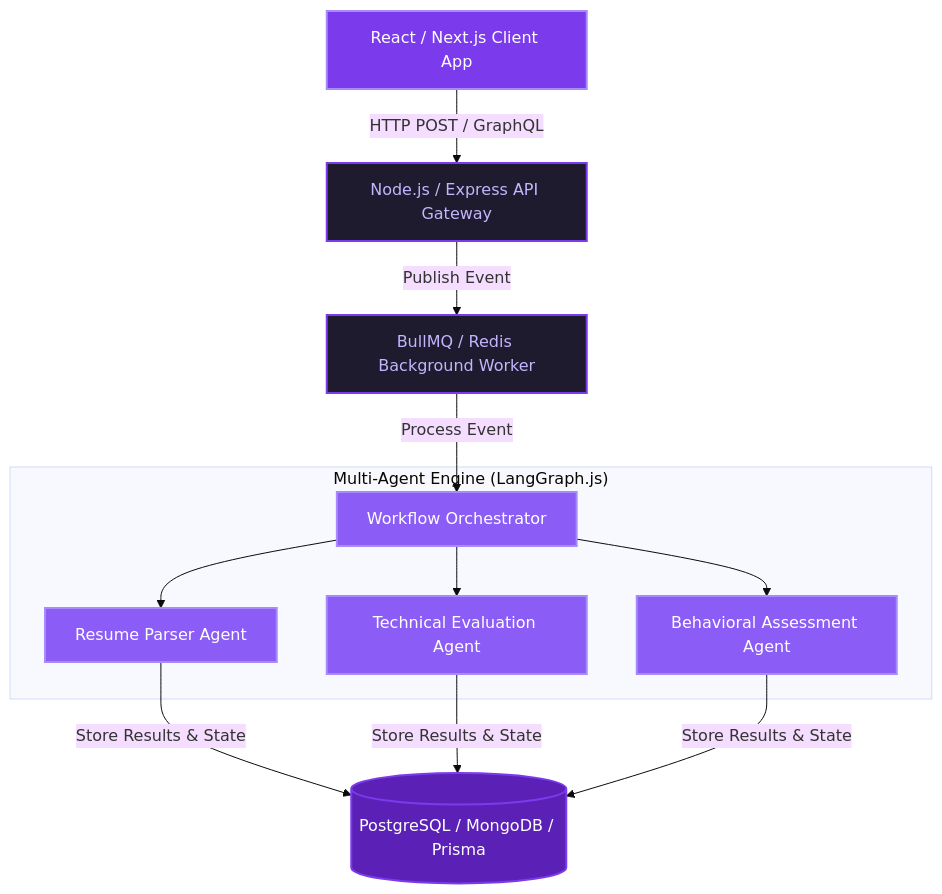
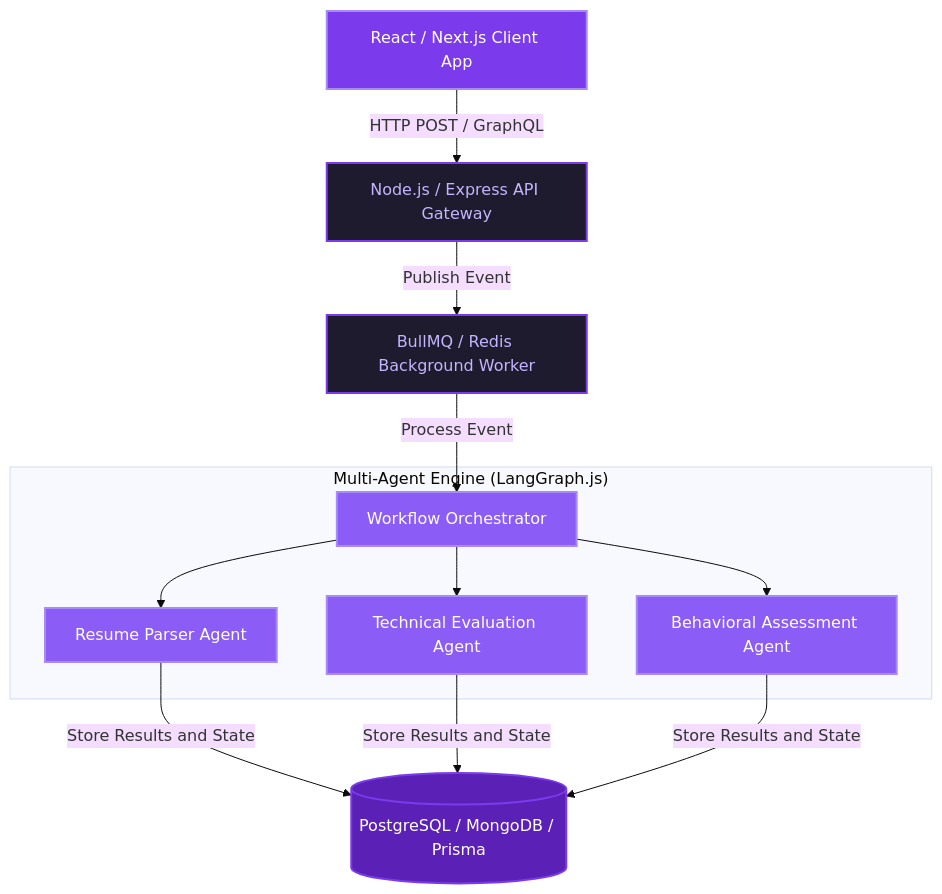
Before and after one commit to MarwaAshraf1812/MarwaAshraf1812: the diagram in ReadMe.md, drawn with Mermaid (base theme).

Commit message:
fix: resolve Mermaid rendering issue by splitting multi-links and using safe labels

````diff
--- a/ReadMe.md
+++ b/ReadMe.md
@@ -45,28 +45,30 @@
 ```mermaid
 graph TD
     classDef client fill:#7C3AED,stroke:#A78BFA,stroke-width:2px,color:#fff;
     classDef server fill:#1E1B2E,stroke:#7C3AED,stroke-width:2px,color:#C4B5FD;
     classDef agent fill:#8B5CF6,stroke:#A78BFA,stroke-width:2px,color:#fff;
     classDef db fill:#5B21B6,stroke:#7C3AED,stroke-width:2px,color:#fff;
 
     Client["React / Next.js Client App"]:::client
     Gateway["Node.js / Express API Gateway"]:::server
     Queue["BullMQ / Redis Background Worker"]:::server
     
     subgraph "Multi-Agent Engine (LangGraph.js)"
         AgentEngine["Workflow Orchestrator"]:::agent
         AgentA["Resume Parser Agent"]:::agent
         AgentB["Technical Evaluation Agent"]:::agent
         AgentC["Behavioral Assessment Agent"]:::agent
     end
 
     DB[("PostgreSQL / MongoDB / Prisma")]:::db
 
     Client -->|HTTP POST / GraphQL| Gateway
     Gateway -->|Publish Event| Queue
     Queue -->|Process Event| AgentEngine
     AgentEngine --> AgentA
     AgentEngine --> AgentB
     AgentEngine --> AgentC
-    AgentA & AgentB & AgentC -->|Store Results & State| DB
+    AgentA -->|Store Results and State| DB
+    AgentB -->|Store Results and State| DB
+    AgentC -->|Store Results and State| DB
 ```
````
